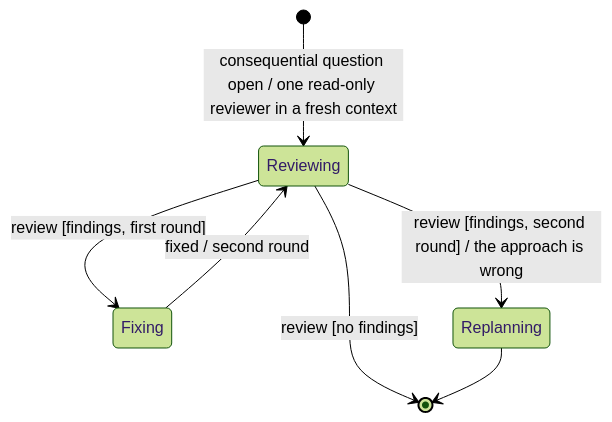
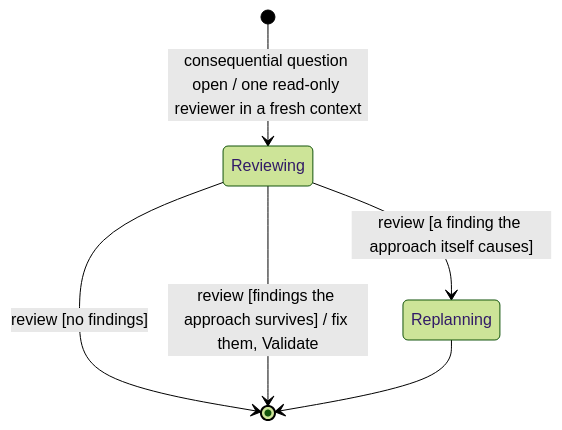
The second of 2 diagrams in .claude/skills/verification/SKILL.md (MP281X/deslop), drawn with Mermaid (forest theme) before and after one commit. The commit also changed other lines of this file and 8 other files, not shown here.

````diff
--- a/.claude/skills/verification/SKILL.md
+++ b/.claude/skills/verification/SKILL.md
@@ -39,9 +39,8 @@
 ```mermaid
 stateDiagram-v2
     [*] --> Reviewing : consequential question open / one read-only reviewer in a fresh context
     Reviewing --> [*] : review [no findings]
-    Reviewing --> Fixing : review [findings, first round]
-    Fixing --> Reviewing : fixed / second round
-    Reviewing --> Replanning : review [findings, second round] / the approach is wrong
+    Reviewing --> [*] : review [findings the approach survives] / fix them, Validate
+    Reviewing --> Replanning : review [a finding the approach itself causes]
     Replanning --> [*]
 ```
````
